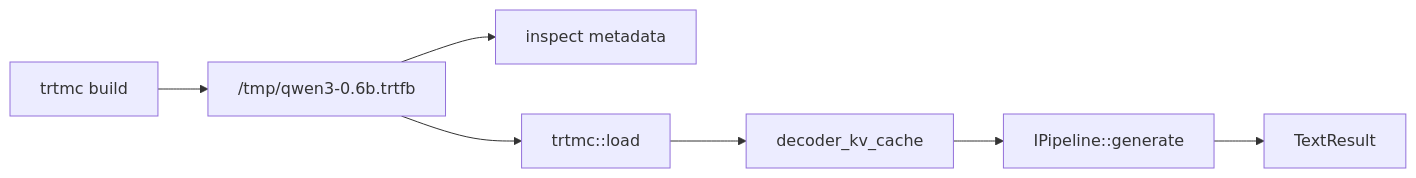
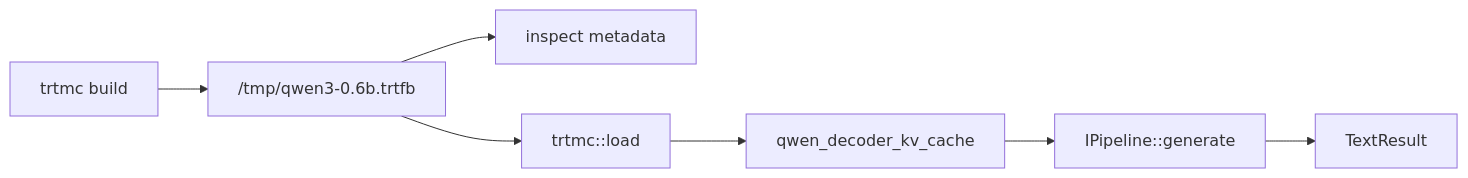
The diagram in website/docs/getting-started/quick-start.md (NVIDIA/TensorRT-Model-Connect), drawn with Mermaid before and after one commit. The commit also changed other lines of this file and 104 other files, not shown here.

First line of the commit message:
docs: align documentation with current architecture

````diff
--- a/website/docs/getting-started/quick-start.md
+++ b/website/docs/getting-started/quick-start.md
@@ -86,9 +86,9 @@
 ```mermaid
 flowchart LR
   Build["trtmc build"] --> Bundle["/tmp/qwen3-0.6b.trtfb"]
   Bundle --> Inspect["inspect metadata"]
   Bundle --> Load["trtmc::load"]
-  Load --> Strategy["decoder_kv_cache"]
+  Load --> Strategy["qwen_decoder_kv_cache"]
   Strategy --> Generate["IPipeline::generate"]
   Generate --> Text["TextResult"]
 ```
````
